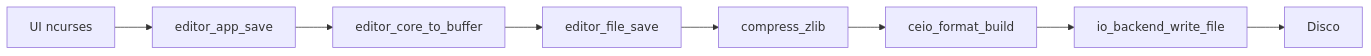
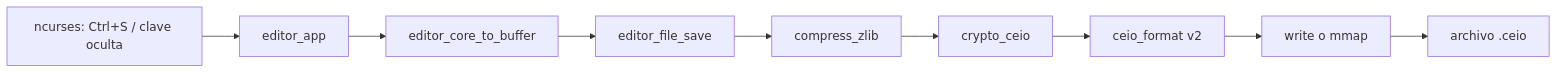
Before and after one commit to Ang3l1485/FinalProject_Encryption: the first of 2 diagrams in docs/report.md, drawn with Mermaid. The commit also changed other lines of this file and 10 other files, not shown here.

````diff
--- a/docs/report.md
+++ b/docs/report.md
@@ -103,10 +34,11 @@
 ```mermaid
 flowchart LR
-    UI["UI ncurses"] --> APP["editor_app_save"]
+    UI["ncurses: Ctrl+S / clave oculta"] --> APP["editor_app"]
     APP --> CORE["editor_core_to_buffer"]
     CORE --> FILE["editor_file_save"]
     FILE --> ZLIB["compress_zlib"]
-    ZLIB --> FORMAT["ceio_format_build"]
-    FORMAT --> IO["io_backend_write_file"]
-    IO --> DISK["Disco"]
+    ZLIB --> CRYPTO["crypto_ceio"]
+    CRYPTO --> FORMAT["ceio_format v2"]
+    FORMAT --> IO["write o mmap"]
+    IO --> DISK["archivo .ceio"]
 ```
````
